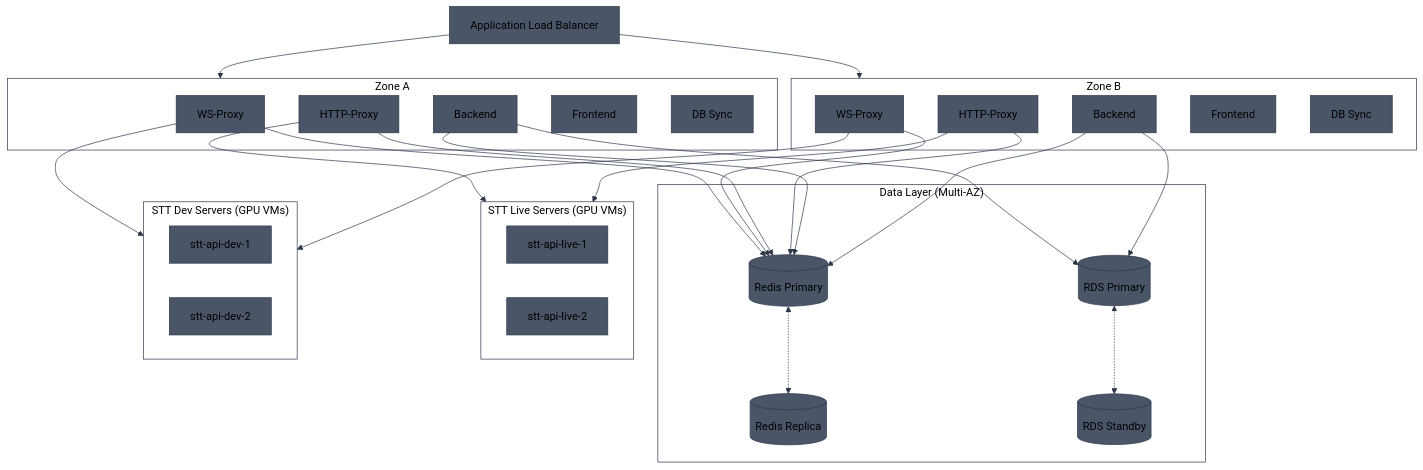
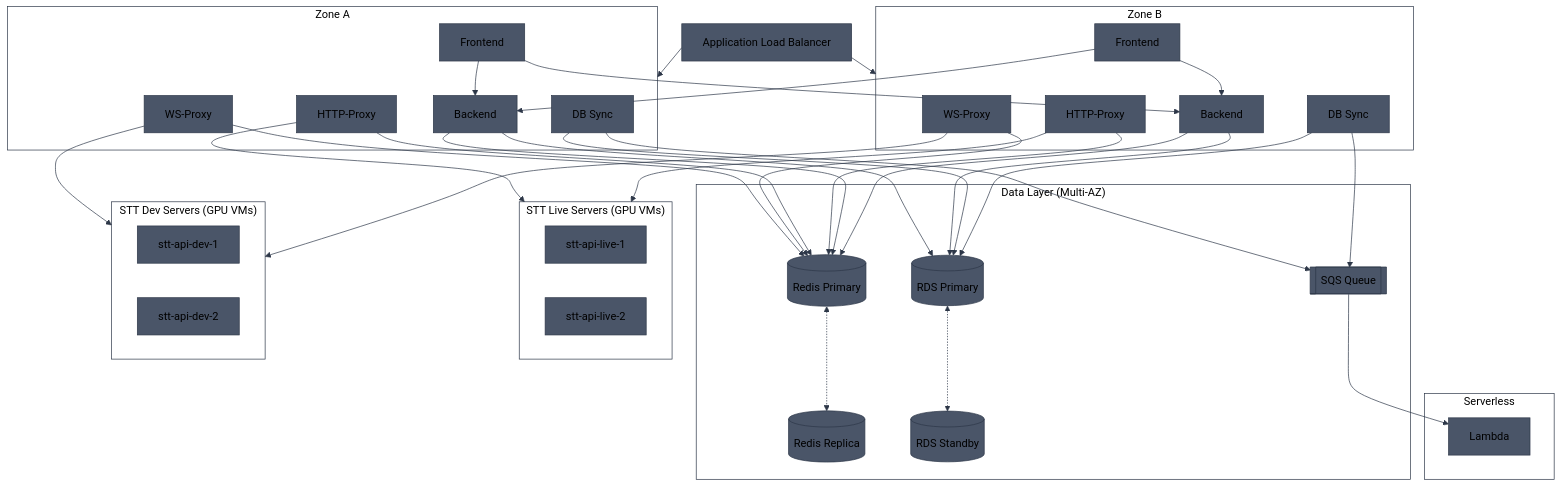
One commit to aldea-ai/infrastructure-docs changed the fourth of 8 diagrams in diagrams/ecs-architecture.md. Above: the diagram before and after it, drawn with Mermaid. The commit also changed other lines of this file, not shown here.

Commit message:
Add service connections: Frontend→Backend, DB Sync→RDS+SQS, SQS→Lambda

````diff
--- a/diagrams/ecs-architecture.md
+++ b/diagrams/ecs-architecture.md
@@ -145,46 +154,54 @@
 ```mermaid
 %%{init: {'theme': 'base', 'themeVariables': { 'primaryColor': '#4a5568', 'primaryTextColor': '#000', 'primaryBorderColor': '#2d3748', 'lineColor': '#2d3748', 'secondaryColor': '#5a6577', 'tertiaryColor': '#6b7280', 'clusterBkg': 'transparent', 'clusterBorder': '#2d3748', 'titleColor': '#000'}}}%%
 flowchart TB
     LB[Application Load Balancer]
 
     subgraph AZ_A["Zone A"]
         WS_A[WS-Proxy]
         HTTP_A[HTTP-Proxy]
         BE_A[Backend]
         FE_A[Frontend]
-        SQS_A[DB Sync]
+        SYNC_A[DB Sync]
     end
 
     subgraph AZ_B["Zone B"]
         WS_B[WS-Proxy]
         HTTP_B[HTTP-Proxy]
         BE_B[Backend]
         FE_B[Frontend]
-        SQS_B[DB Sync]
+        SYNC_B[DB Sync]
     end
 
     subgraph Data["Data Layer (Multi-AZ)"]
         REDIS_P[(Redis Primary)]
         REDIS_R[(Redis Replica)]
         RDS_P[(RDS Primary)]
         RDS_R[(RDS Standby)]
+        SQS[[SQS Queue]]
+    end
+
+    subgraph Serverless["Serverless"]
+        LAMBDA[Lambda]
     end
 
     subgraph STT_Live["STT Live Servers (GPU VMs)"]
         LIVE1[stt-api-live-1]
         LIVE2[stt-api-live-2]
     end
 
     subgraph STT_Dev["STT Dev Servers (GPU VMs)"]
         DEV1[stt-api-dev-1]
         DEV2[stt-api-dev-2]
     end
 
     LB --> AZ_A & AZ_B
     WS_A & WS_B & HTTP_A & HTTP_B --> REDIS_P
     BE_A & BE_B --> REDIS_P & RDS_P
+    FE_A & FE_B --> BE_A & BE_B
+    SYNC_A & SYNC_B --> RDS_P & SQS
+    SQS --> LAMBDA
     REDIS_P <-.-> REDIS_R
     RDS_P <-.-> RDS_R
     HTTP_A & HTTP_B --> STT_Live
     WS_A & WS_B --> STT_Dev
 ```
````
